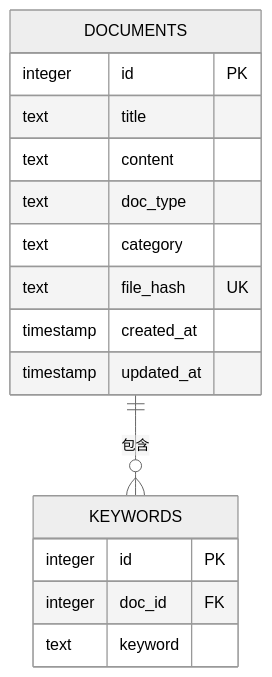
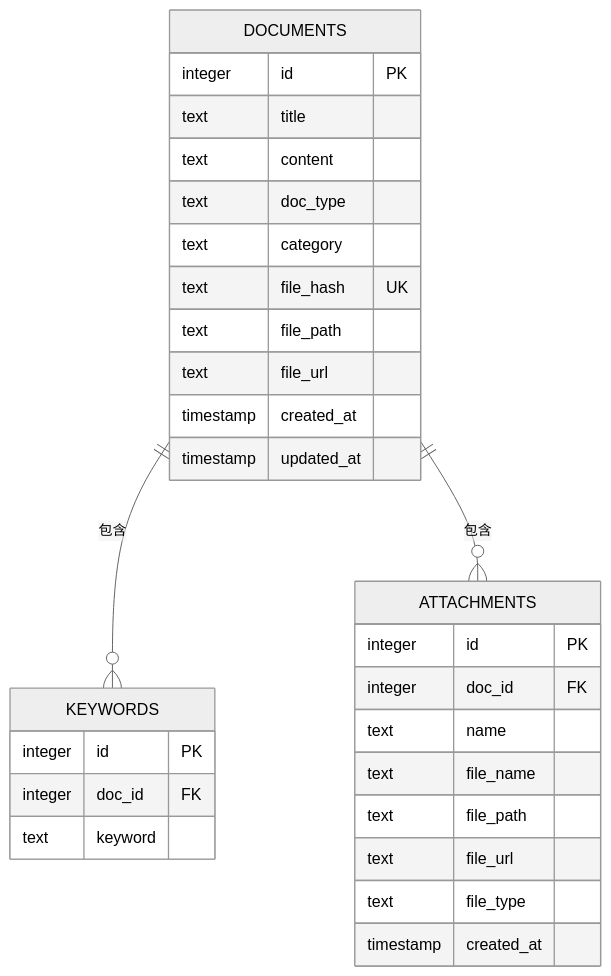
One commit to 2950730liao-hub/whatsapp-reply changed diagram 12 of 12 in .qoder/repowiki/zh/content/核心模块/知识库模块.md. Above: the diagram before and after it, drawn with Mermaid (neutral theme). The commit also changed other lines of this file and 10 other files, not shown here.

````diff
--- a/.qoder/repowiki/zh/content/核心模块/知识库模块.md
+++ b/.qoder/repowiki/zh/content/核心模块/知识库模块.md
@@ -375,19 +660,32 @@
 ```mermaid
 erDiagram
 DOCUMENTS {
 integer id PK
 text title
 text content
 text doc_type
 text category
 text file_hash UK
+text file_path
+text file_url
 timestamp created_at
 timestamp updated_at
 }
 KEYWORDS {
 integer id PK
 integer doc_id FK
 text keyword
 }
+ATTACHMENTS {
+integer id PK
+integer doc_id FK
+text name
+text file_name
+text file_path
+text file_url
+text file_type
+timestamp created_at
+}
 DOCUMENTS ||--o{ KEYWORDS : "包含"
+DOCUMENTS ||--o{ ATTACHMENTS : "包含"
 ```
````
